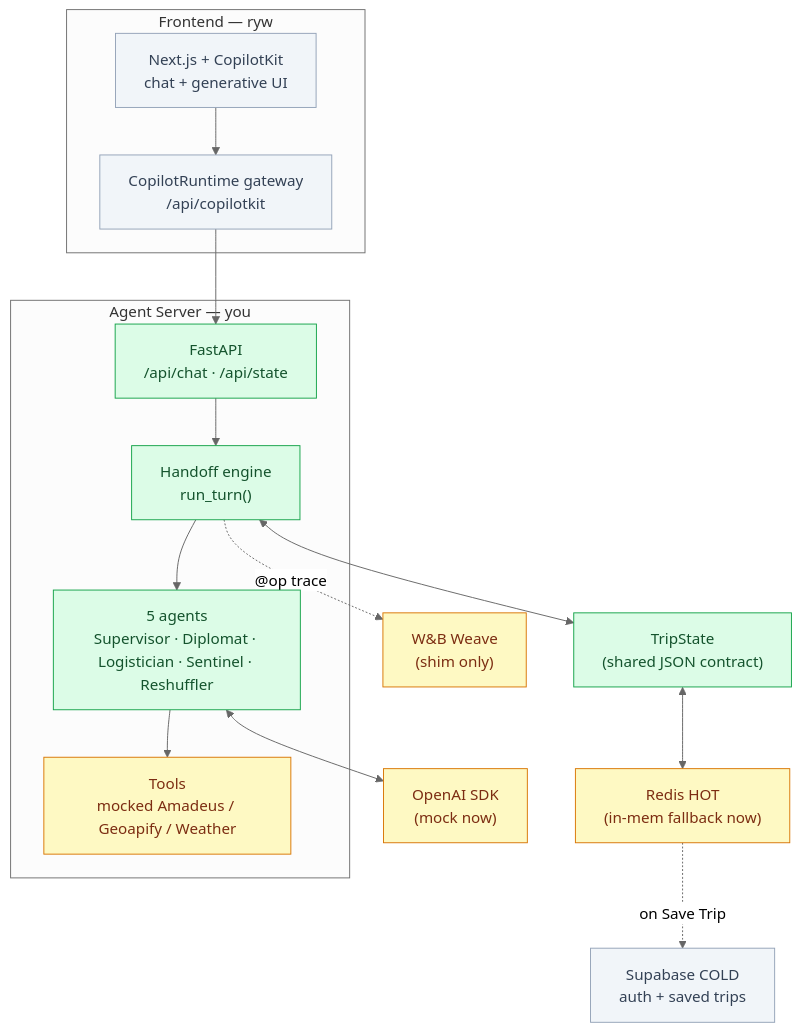
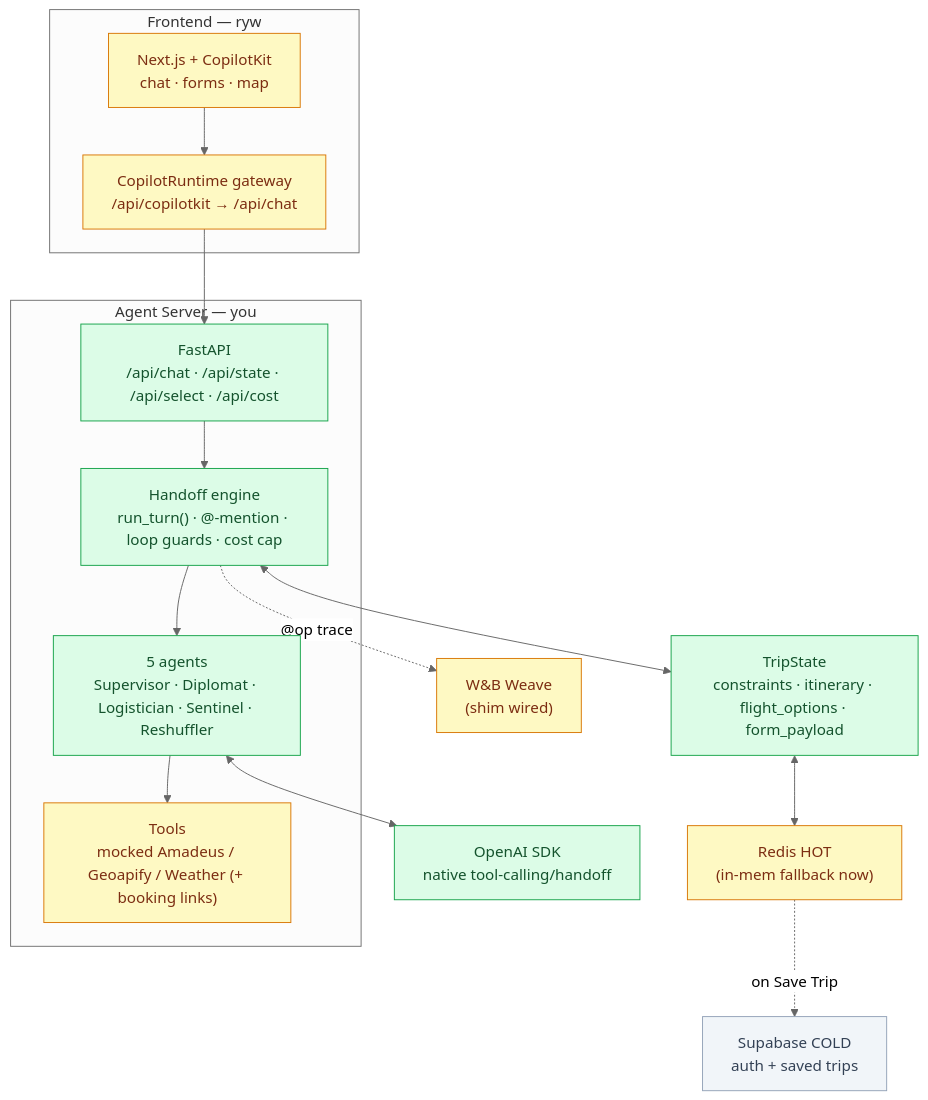
The first of 3 diagrams in STATUS.md (zhastdoit/MyTravelCompanion), drawn with Mermaid (neutral theme) before and after one commit. The commit also changed other lines of this file and 2 other files, not shown here.

First line of the commit message:
Refresh docs to current state (SyncTrip backend, forms, chat, cost cap)

````diff
--- a/STATUS.md
+++ b/STATUS.md
@@ -28,30 +31,30 @@
 ```mermaid
 flowchart TB
   subgraph FE["Frontend — ryw"]
-    UI["Next.js + CopilotKit<br/>chat + generative UI"]:::todo
-    GW["CopilotRuntime gateway<br/>/api/copilotkit"]:::todo
+    UI["Next.js + CopilotKit<br/>chat · forms · map"]:::wip
+    GW["CopilotRuntime gateway<br/>/api/copilotkit → /api/chat"]:::wip
   end
   subgraph BE["Agent Server — you"]
-    API["FastAPI<br/>/api/chat · /api/state"]:::done
-    ORCH["Handoff engine<br/>run_turn()"]:::done
+    API["FastAPI<br/>/api/chat · /api/state · /api/select · /api/cost"]:::done
+    ORCH["Handoff engine<br/>run_turn() · @-mention · loop guards · cost cap"]:::done
     AG["5 agents<br/>Supervisor · Diplomat · Logistician · Sentinel · Reshuffler"]:::done
-    TOOLS["Tools<br/>mocked Amadeus / Geoapify / Weather"]:::wip
+    TOOLS["Tools<br/>mocked Amadeus / Geoapify / Weather (+ booking links)"]:::wip
   end
-  STATE["TripState<br/>(shared JSON contract)"]:::done
+  STATE["TripState<br/>constraints · itinerary · flight_options · form_payload"]:::done
   REDIS["Redis HOT<br/>(in-mem fallback now)"]:::wip
   SUPA["Supabase COLD<br/>auth + saved trips"]:::todo
-  OAI["OpenAI SDK<br/>(mock now)"]:::wip
-  WEAVE["W&B Weave<br/>(shim only)"]:::wip
+  OAI["OpenAI SDK<br/>native tool-calling/handoff"]:::done
+  WEAVE["W&B Weave<br/>(shim wired)"]:::wip
 
   UI --> GW --> API
   API --> ORCH --> AG --> TOOLS
   ORCH <--> STATE
   STATE <--> REDIS
   REDIS -. on Save Trip .-> SUPA
   AG <--> OAI
   ORCH -. @op trace .-> WEAVE
 
   classDef done fill:#dcfce7,stroke:#16a34a,color:#14532d;
   classDef wip fill:#fef9c3,stroke:#d97706,color:#7c2d12;
   classDef todo fill:#f1f5f9,stroke:#94a3b8,color:#334155;
 ```
````
